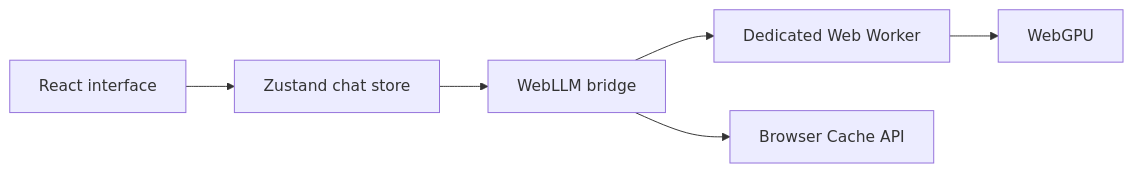
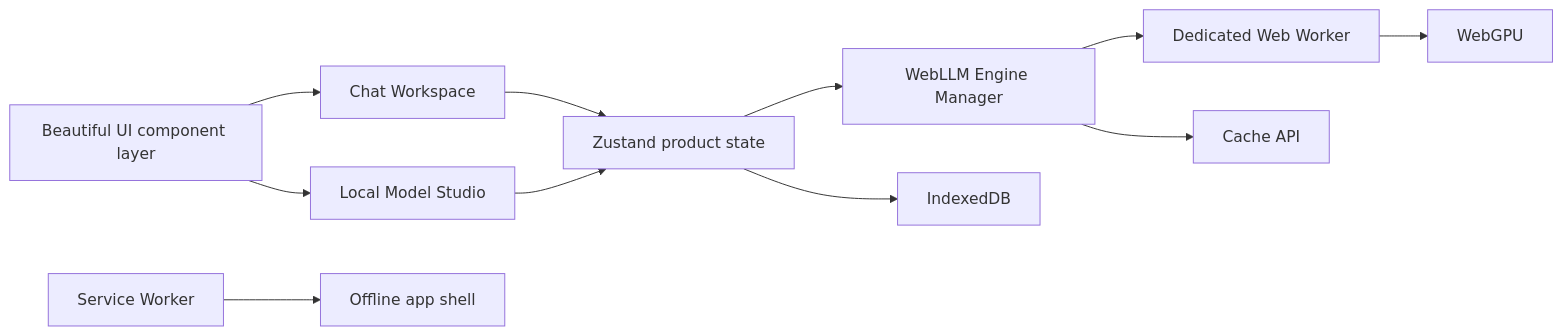
Before and after one commit to Ryan-yang125/ChatLLM-Web: the diagram in README.md, drawn with Mermaid. The commit also changed other lines of this file and 40 other files, not shown here.

Commit message:
feat: ship ChatLLM v3 local model studio

````diff
--- a/README.md
+++ b/README.md
@@ -95,8 +122,13 @@
 ```mermaid
 flowchart LR
-  UI[React interface] --> Store[Zustand chat store]
-  Store --> Bridge[WebLLM bridge]
-  Bridge --> Worker[Dedicated Web Worker]
+  UI[Beautiful UI component layer] --> Chat[Chat Workspace]
+  UI --> Studio[Local Model Studio]
+  Chat --> Store[Zustand product state]
+  Studio --> Store
+  Store --> Engine[WebLLM Engine Manager]
+  Engine --> Worker[Dedicated Web Worker]
   Worker --> GPU[WebGPU]
-  Bridge --> Cache[Browser Cache API]
+  Store --> IDB[IndexedDB]
+  Engine --> Cache[Cache API]
+  PWA[Service Worker] --> Shell[Offline app shell]
 ```
````
